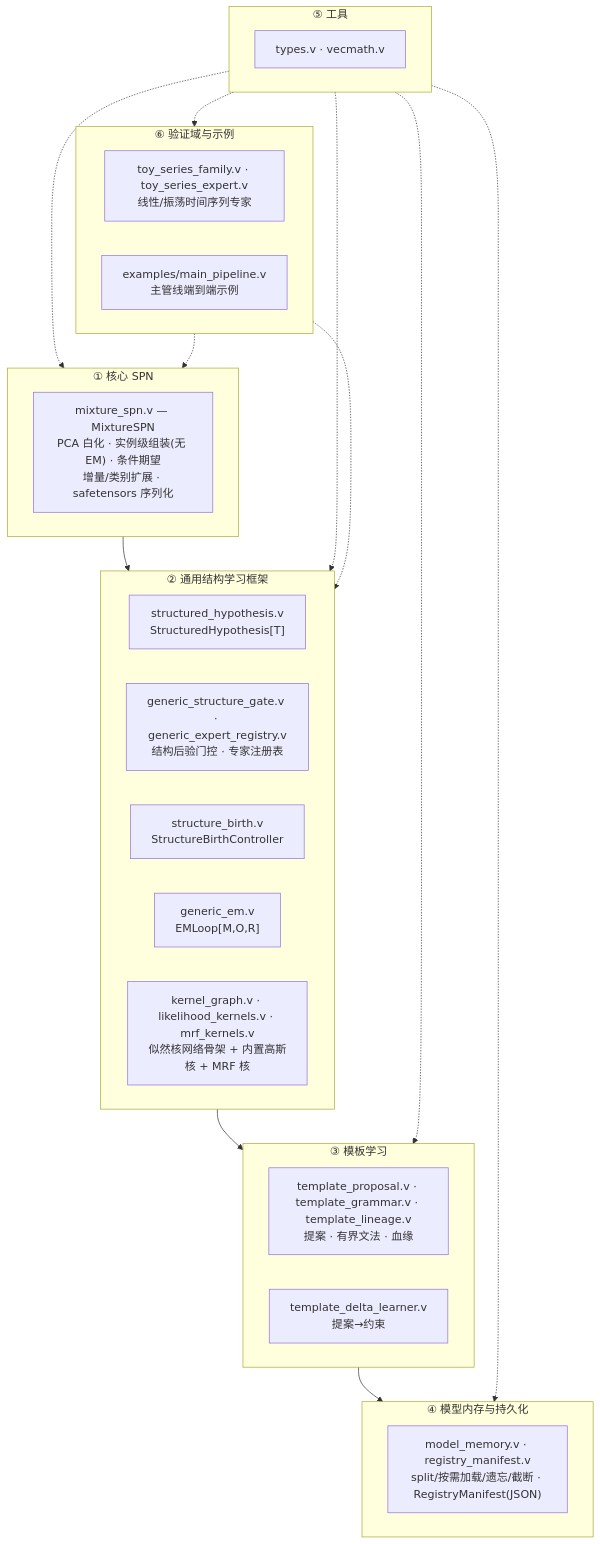
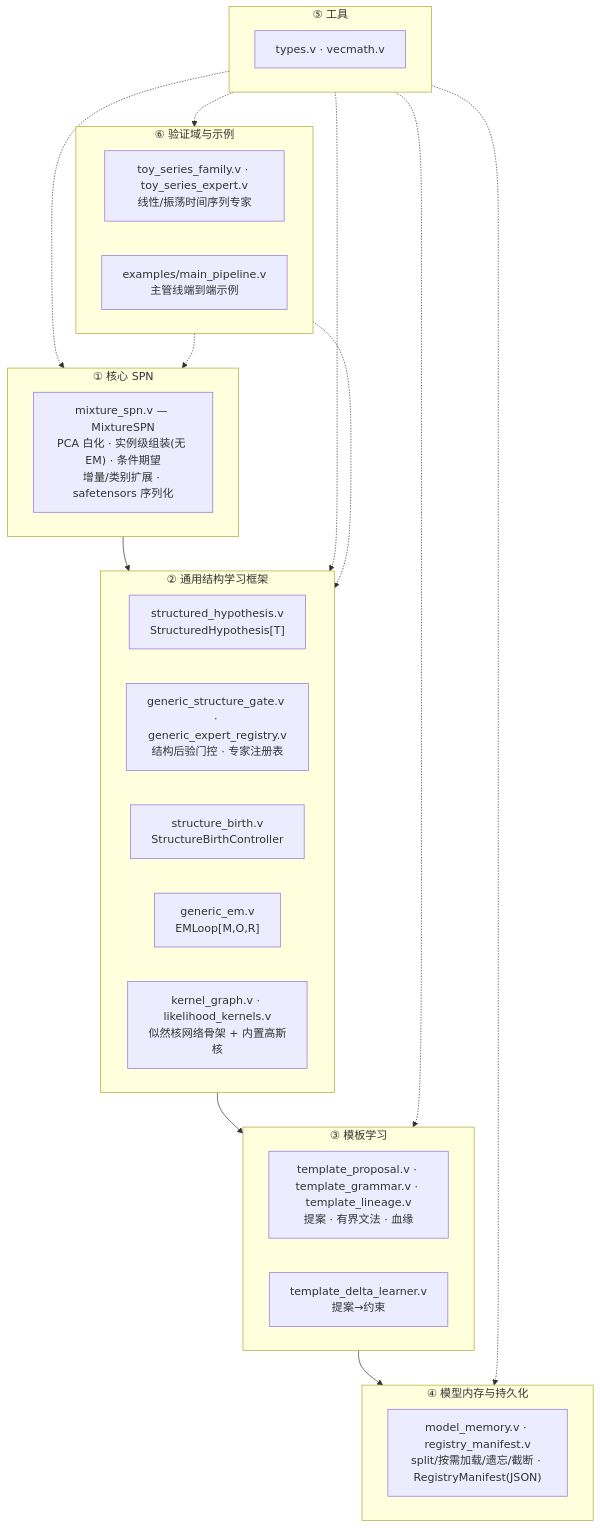
The first of 2 diagrams in README.md (aki-xavier/conger), drawn with Mermaid before and after one commit. The commit also changed other lines of this file and 13 other files, not shown here.

````diff
--- a/README.md
+++ b/README.md
@@ -11,30 +11,30 @@
 ```mermaid
 flowchart TD
     subgraph L1["① 核心 SPN"]
         A["mixture_spn.v — MixtureSPN<br/>PCA 白化 · 实例级组装(无 EM) · 条件期望<br/>增量/类别扩展 · safetensors 序列化"]
     end
     subgraph L2["② 通用结构学习框架"]
         B["structured_hypothesis.v<br/>StructuredHypothesis[T]"]
         C["generic_structure_gate.v · generic_expert_registry.v<br/>结构后验门控 · 专家注册表"]
         D["structure_birth.v<br/>StructureBirthController"]
         E["generic_em.v<br/>EMLoop[M,O,R]"]
-        K["kernel_graph.v · likelihood_kernels.v · mrf_kernels.v<br/>似然核网络骨架 + 内置高斯核 + MRF 核"]
+        K["kernel_graph.v · likelihood_kernels.v<br/>似然核网络骨架 + 内置高斯核"]
     end
     subgraph L3["③ 模板学习"]
         G["template_proposal.v · template_grammar.v · template_lineage.v<br/>提案 · 有界文法 · 血缘"]
         H["template_delta_learner.v<br/>提案→约束"]
     end
     subgraph L4["④ 模型内存与持久化"]
         I["model_memory.v · registry_manifest.v<br/>split/按需加载/遗忘/截断 · RegistryManifest(JSON)"]
     end
     subgraph L5["⑤ 工具"]
         J["types.v · vecmath.v"]
     end
     subgraph L6["⑥ 验证域与示例"]
         T["toy_series_family.v · toy_series_expert.v<br/>线性/振荡时间序列专家"]
         X["examples/main_pipeline.v<br/>主管线端到端示例"]
     end
     L1 --> L2 --> L3 --> L4
     L5 -.-> L1 & L2 & L3 & L4 & L6
     L6 -.-> L1 & L2
 ```
````
